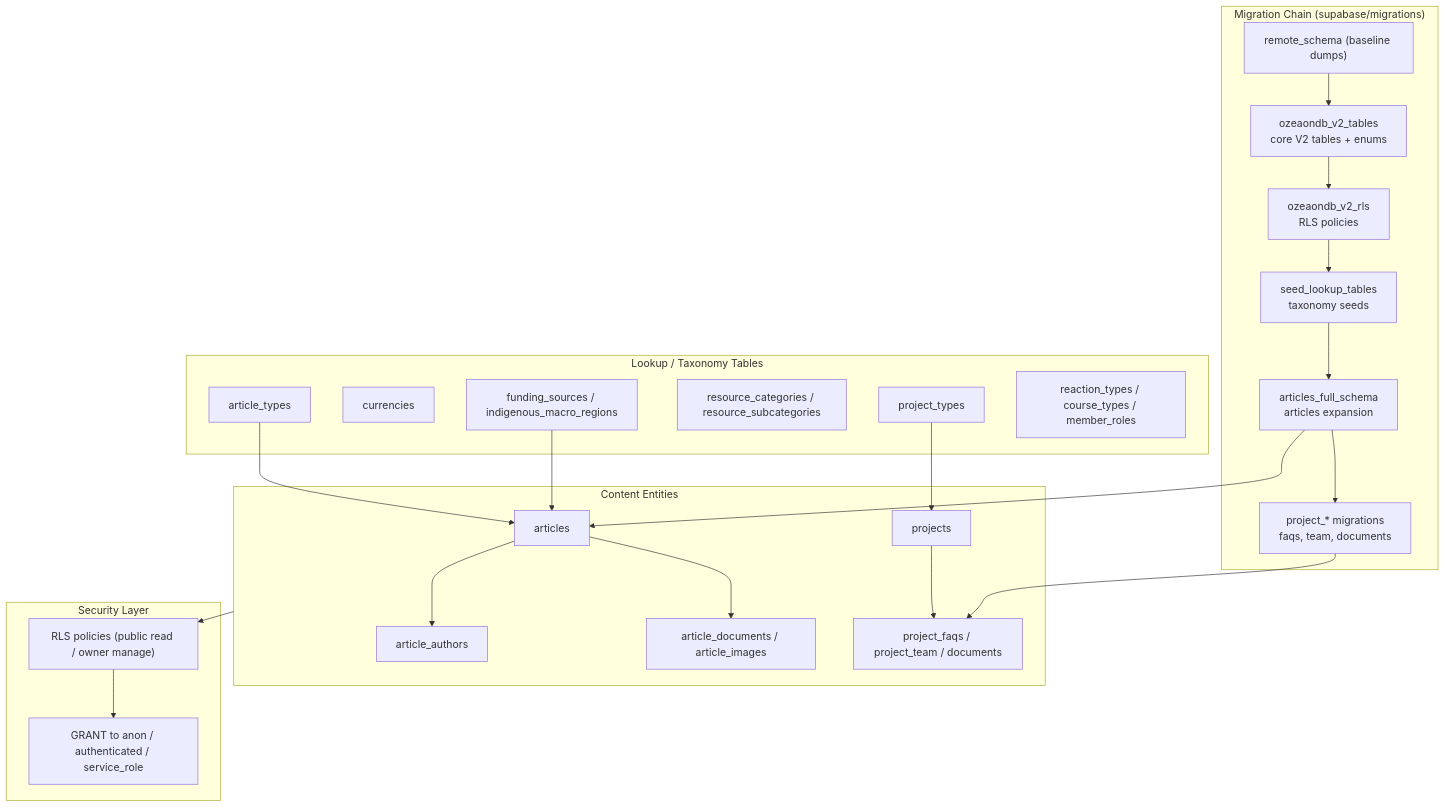
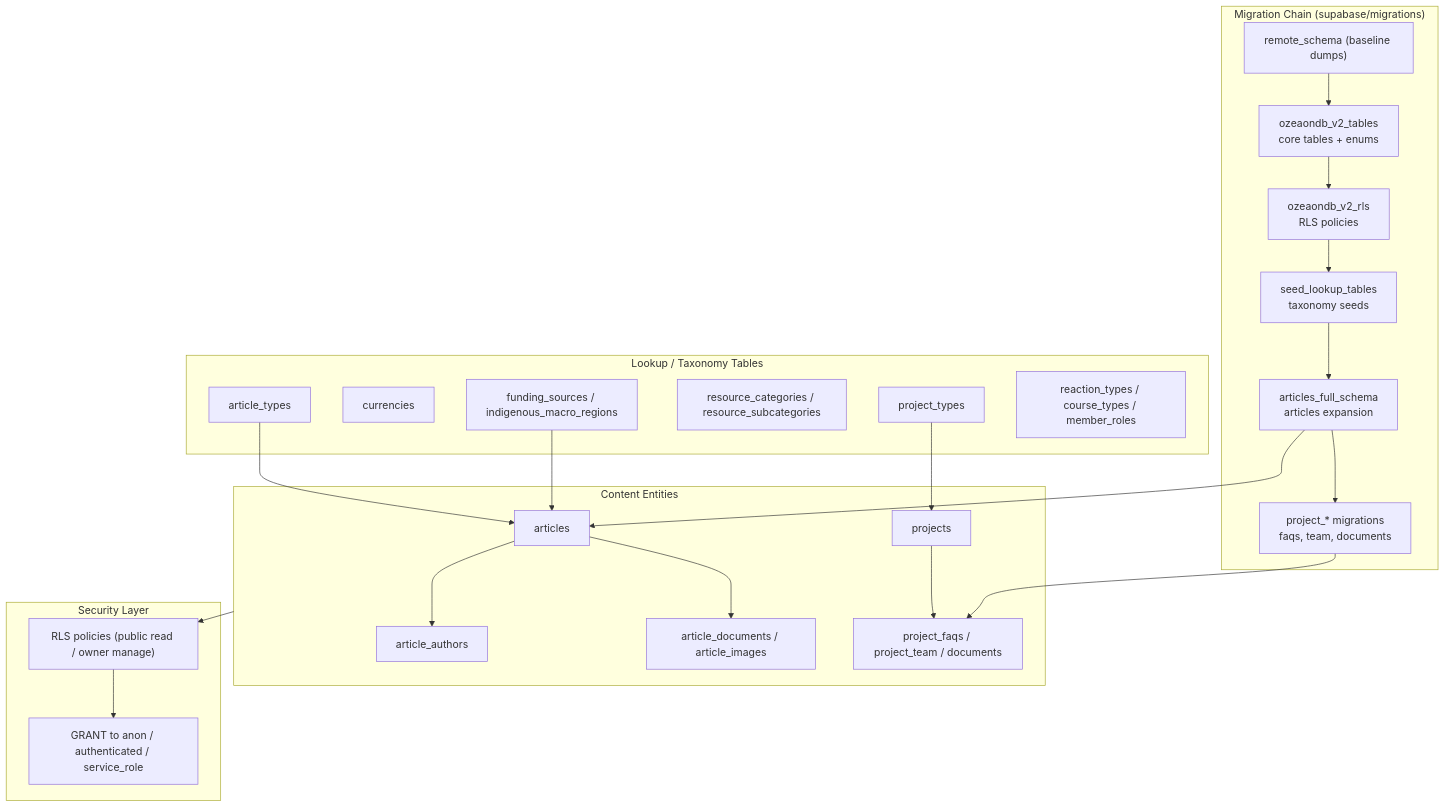
One commit to jackcasstlesjones/ozeaon-wiki changed the first of 2 diagrams in src/content/docs/architecture/data-model-and-schema.md. Above: the diagram before and after it, drawn with Mermaid. The commit also changed other lines of this file and 12 other files, not shown here.

````diff
--- a/src/content/docs/architecture/data-model-and-schema.md
+++ b/src/content/docs/architecture/data-model-and-schema.md
@@ -31,45 +31,45 @@
 ```mermaid
 flowchart TD
     subgraph sg_Migrations["Migration Chain (supabase/migrations)"]
         M1["remote_schema (baseline dumps)"]
-        M2["ozeaondb_v2_tables<br/>core V2 tables + enums"]
+        M2["ozeaondb_v2_tables<br/>core tables + enums"]
         M3["ozeaondb_v2_rls<br/>RLS policies"]
         M4["seed_lookup_tables<br/>taxonomy seeds"]
         M5["articles_full_schema<br/>articles expansion"]
         M6["project_* migrations<br/>faqs, team, documents"]
         M1 --> M2 --> M3 --> M4 --> M5 --> M6
     end
 
     subgraph sg_Lookup["Lookup / Taxonomy Tables"]
         L1["article_types"]
         L2["currencies"]
         L3["project_types"]
         L4["resource_categories / resource_subcategories"]
         L5["funding_sources / indigenous_macro_regions"]
         L6["reaction_types / course_types / member_roles"]
     end
 
     subgraph sg_Content["Content Entities"]
         A["articles"]
         AA["article_authors"]
         AD["article_documents / article_images"]
         P["projects"]
         PF["project_faqs / project_team / documents"]
     end
 
     subgraph sg_Security["Security Layer"]
         RLS["RLS policies (public read / owner manage)"]
         GRANT["GRANT to anon / authenticated / service_role"]
     end
 
     M5 --> A
     M6 --> PF
     L5 --> A
     L1 --> A
     L3 --> P
     A --> AA
     A --> AD
     P --> PF
     sg_Content --> RLS
     RLS --> GRANT
 ```
````
